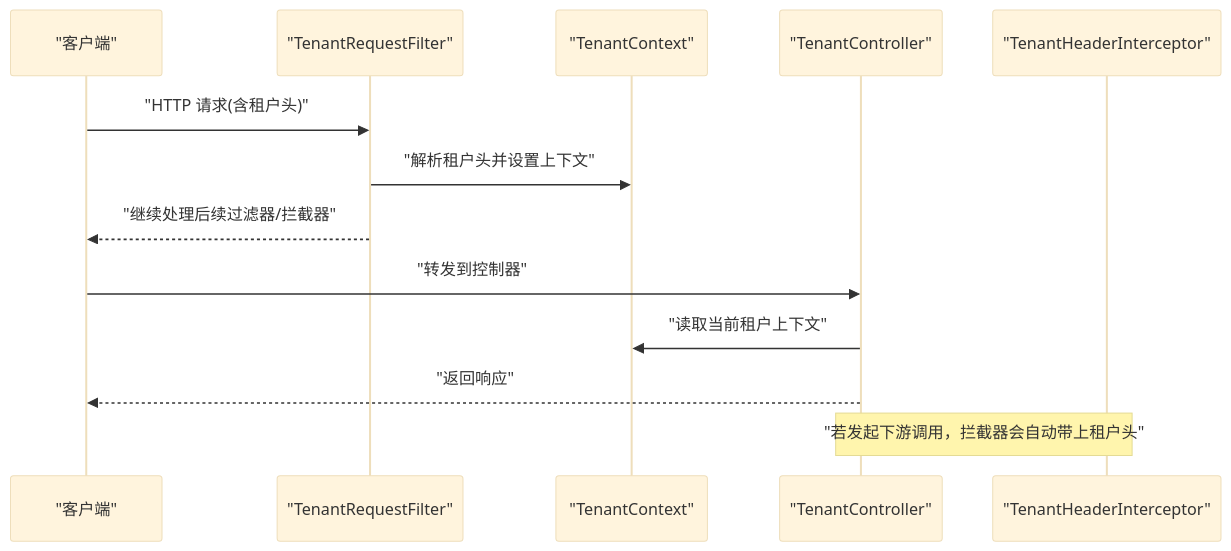
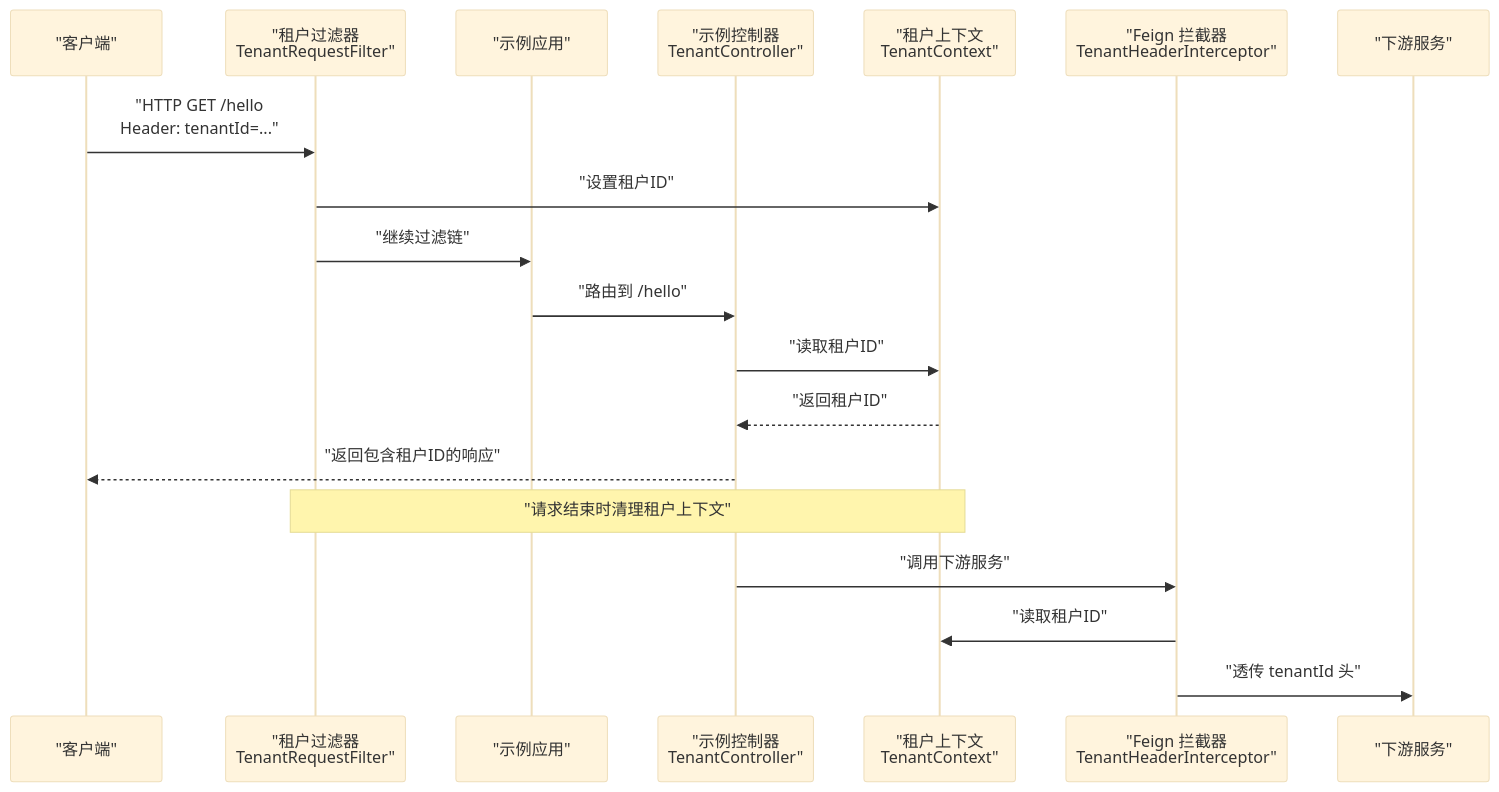
The second of 9 diagrams in .qoder/repowiki/zh/content/示例应用/多租户示例.md (LiukewenSC/kewen-framework), drawn with Mermaid (base theme) before and after one commit. The commit also changed other lines of this file and 195 other files, not shown here.

````diff
--- a/.qoder/repowiki/zh/content/示例应用/多租户示例.md
+++ b/.qoder/repowiki/zh/content/示例应用/多租户示例.md
@@ -101,15 +94,23 @@
 ```mermaid
 sequenceDiagram
-participant Client as "客户端"
-participant Filter as "TenantRequestFilter"
-participant Ctx as "TenantContext"
-participant Ctrl as "TenantController"
-participant Feign as "TenantHeaderInterceptor"
-Client->>Filter : "HTTP 请求(含租户头)"
-Filter->>Ctx : "解析租户头并设置上下文"
-Filter-->>Client : "继续处理后续过滤器/拦截器"
-Client->>Ctrl : "转发到控制器"
-Ctrl->>Ctx : "读取当前租户上下文"
-Ctrl-->>Client : "返回响应"
-Note over Feign,Ctrl : "若发起下游调用，拦截器会自动带上租户头"
+    participant Client as "客户端"
+    participant Filter as "租户过滤器<br/>TenantRequestFilter"
+    participant App as "示例应用"
+    participant Controller as "示例控制器<br/>TenantController"
+    participant Context as "租户上下文<br/>TenantContext"
+    participant FeignInt as "Feign 拦截器<br/>TenantHeaderInterceptor"
+    participant Downstream as "下游服务"
+
+    Client->>Filter: "HTTP GET /hello<br/>Header: tenantId=..."
+    Filter->>Context: "设置租户ID"
+    Filter->>App: "继续过滤链"
+    App->>Controller: "路由到 /hello"
+    Controller->>Context: "读取租户ID"
+    Context-->>Controller: "返回租户ID"
+    Controller-->>Client: "返回包含租户ID的响应"
+    Note over Filter,Context: "请求结束时清理租户上下文"
+
+    Controller->>FeignInt: "调用下游服务"
+    FeignInt->>Context: "读取租户ID"
+    FeignInt->>Downstream: "透传 tenantId 头"
 ```
````
